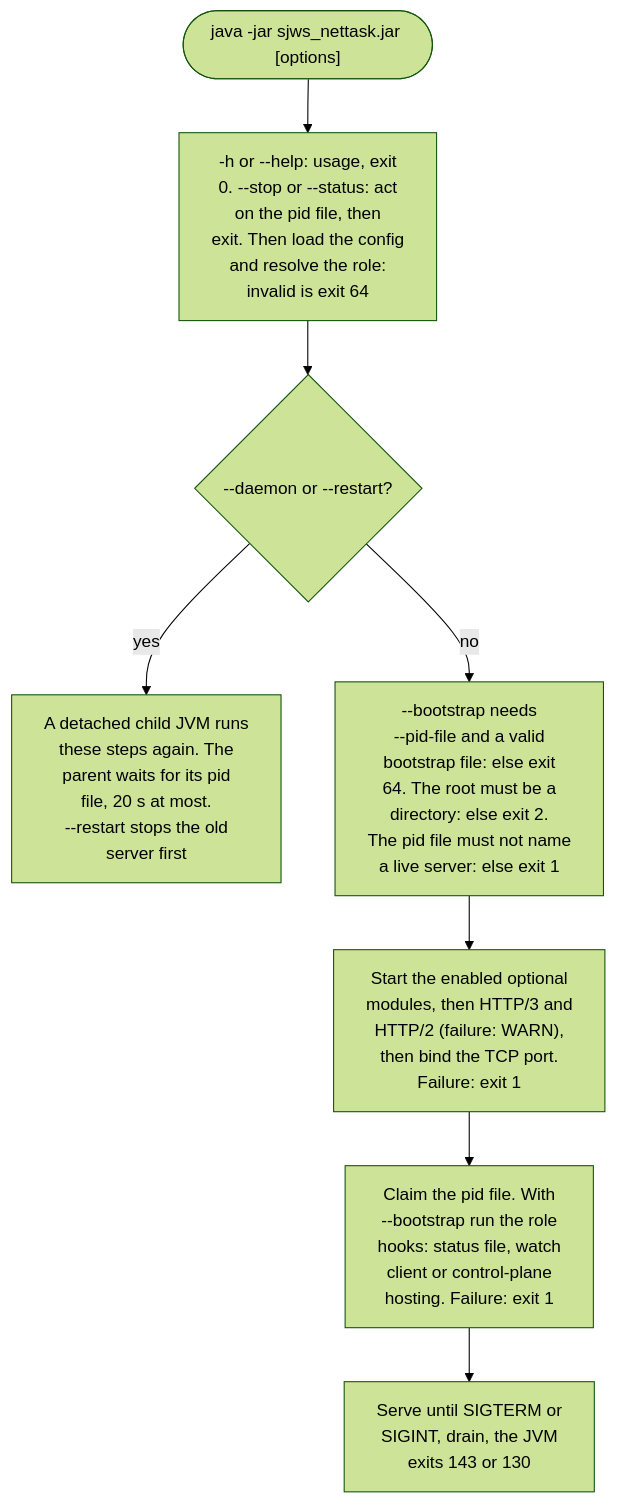
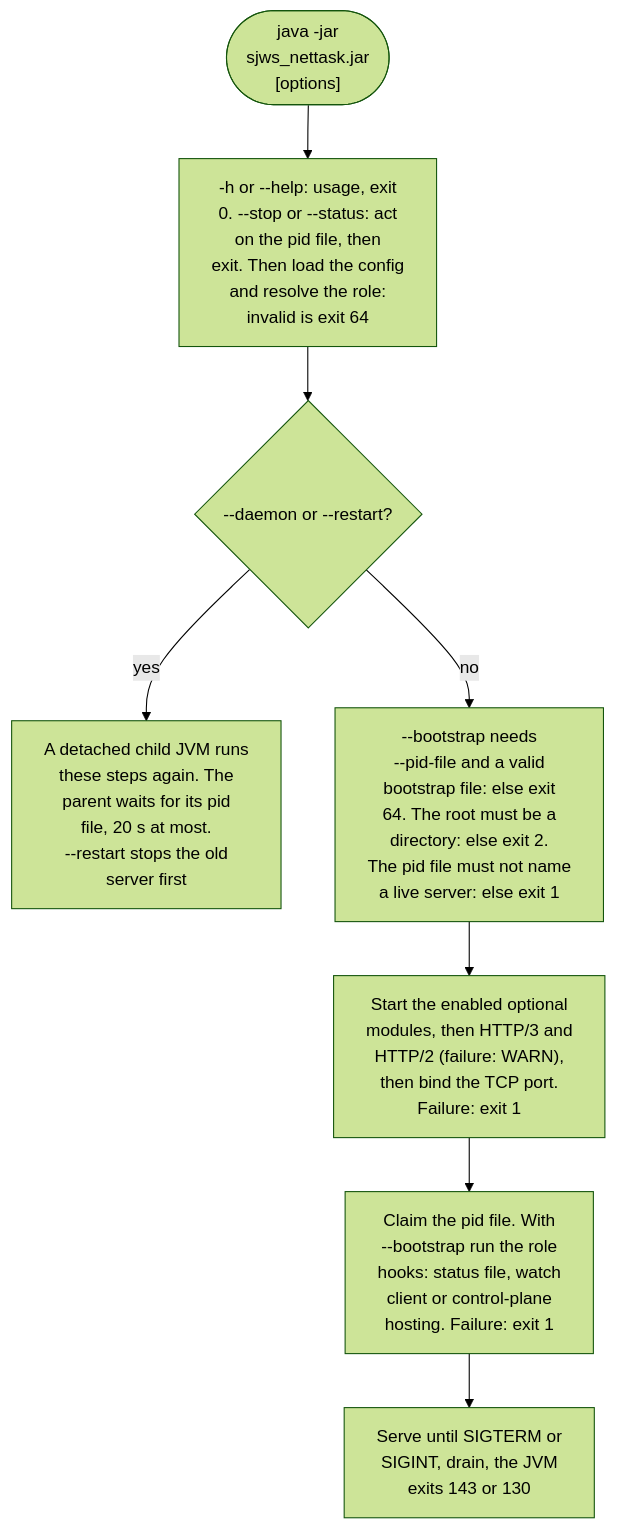
Before and after one commit to BlivionIaG/sjws_nettask: the diagram in docs/user/command-line.md, drawn with Mermaid (forest theme). The commit also changed 8 other files, not shown here.

First line of the commit message:
docs: re-wrap long diagram labels so words do not orphan

````diff
--- a/docs/user/command-line.md
+++ b/docs/user/command-line.md
@@ -61,10 +61,10 @@
 ```mermaid
 flowchart TD
-    s(["java -jar sjws_nettask.jar [options]"]) --> a["-h or --help: usage, exit<br/>0. --stop or --status: act<br/>on the pid file, then<br/>exit. Then load the config<br/>and resolve the role:<br/>invalid is exit 64"]
+    s(["java -jar<br/>sjws_nettask.jar<br/>[options]"]) --> a["-h or --help: usage, exit<br/>0. --stop or --status: act<br/>on the pid file, then<br/>exit. Then load the config<br/>and resolve the role:<br/>invalid is exit 64"]
     a --> d{"--daemon or --restart?"}
     d -->|yes| e["A detached child JVM runs<br/>these steps again. The<br/>parent waits for its pid<br/>file, 20 s at most.<br/>--restart stops the old<br/>server first"]
     d -->|no| bs["--bootstrap needs<br/>--pid-file and a valid<br/>bootstrap file: else exit<br/>64. The root must be a<br/>directory: else exit 2.<br/>The pid file must not name<br/>a live server: else exit 1"]
     bs --> m["Start the enabled optional<br/>modules, then HTTP/3 and<br/>HTTP/2 (failure: WARN),<br/>then bind the TCP port.<br/>Failure: exit 1"]
     m --> hk["Claim the pid file. With<br/>--bootstrap run the role<br/>hooks: status file, watch<br/>client or control-plane<br/>hosting. Failure: exit 1"]
     hk --> i["Serve until SIGTERM or<br/>SIGINT, drain, the JVM<br/>exits 143 or 130"]
 ```
````
